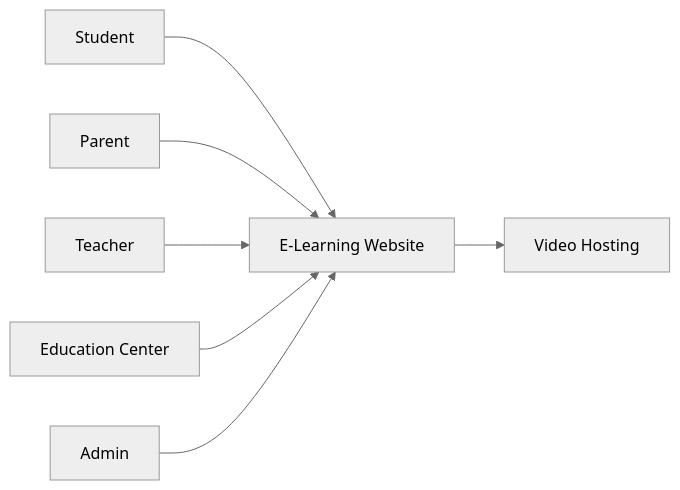
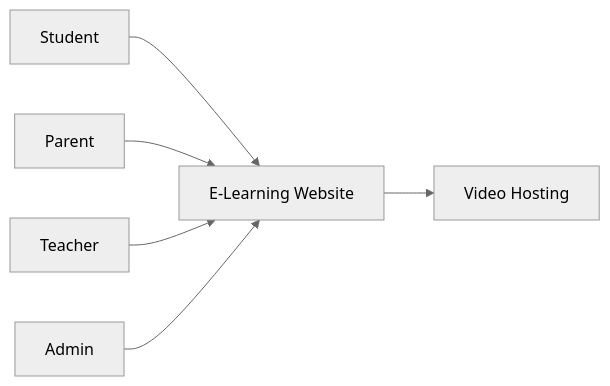
One commit to AntoniusAtefGhaly/elearning-po-system-design changed the first of 5 diagrams in Elearning-Website-Documentation/Optional-Documents/07-basic-diagrams.md. Above: the diagram before and after it, drawn with Mermaid (neutral theme). The commit also changed other lines of this file and 16 other files, not shown here.

Commit message:
Remove education center scope and add system design notes

````diff
--- a/Elearning-Website-Documentation/Optional-Documents/07-basic-diagrams.md
+++ b/Elearning-Website-Documentation/Optional-Documents/07-basic-diagrams.md
@@ -9,9 +9,8 @@
 ```mermaid
 flowchart LR
     Student["Student"] --> Platform["E-Learning Website"]
     Parent["Parent"] --> Platform
     Teacher["Teacher"] --> Platform
-    Center["Education Center"] --> Platform
     Admin["Admin"] --> Platform
     Platform --> Video["Video Hosting"]
 ```
````
